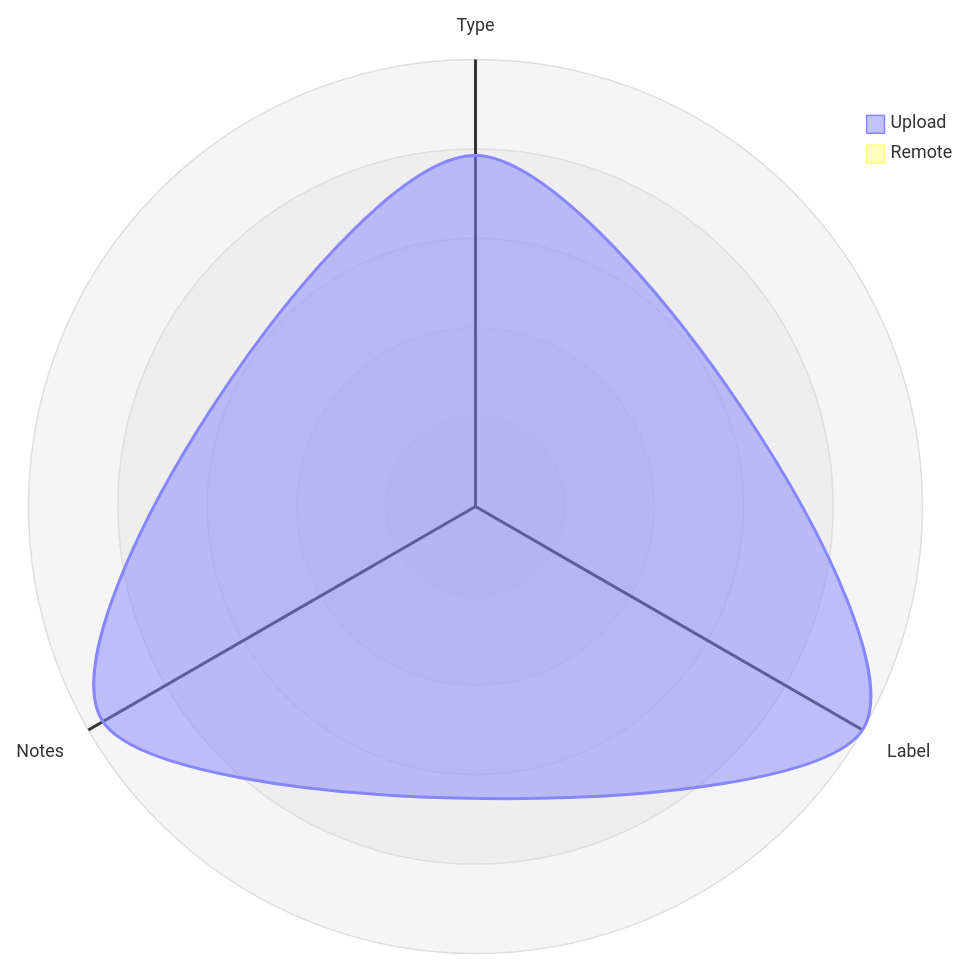
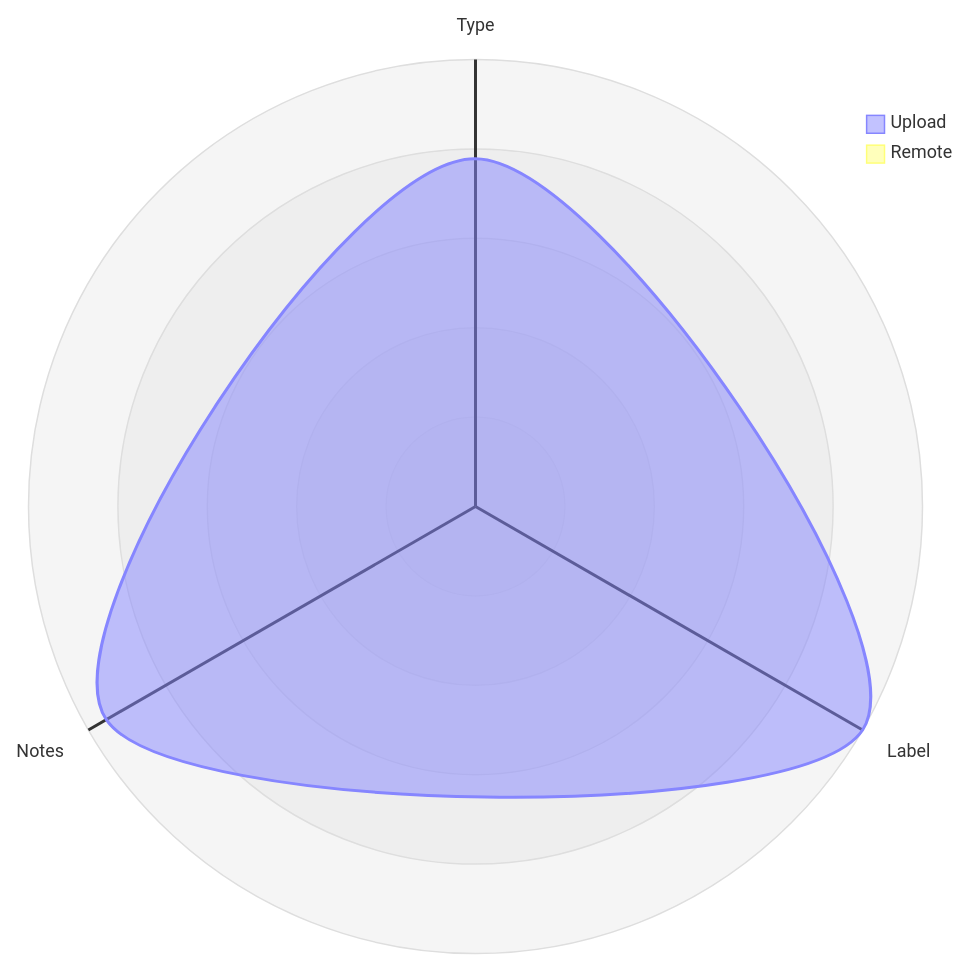
One commit to open-data/analytics-corporate-reporting changed the diagram in datastore_tracker/README.md. Above: the diagram before and after it, drawn with Mermaid. The commit also changed 4 other files, not shown here.

````diff
--- a/datastore_tracker/README.md
+++ b/datastore_tracker/README.md
@@ -64,12 +64,12 @@
 ```mermaid
 radar-beta
   axis T["Type"], L["Label"], N["Notes"]
-  curve u["Upload"]{0.00084, 0.00107, 0.00103}
+  curve u["Upload"]{0.00084, 0.00108, 0.00103}
   curve r["Remote"]{0, 0, 0}
 
   showLegend true
 
   min 0
   graticule circle
   ticks 5
 ```
````
